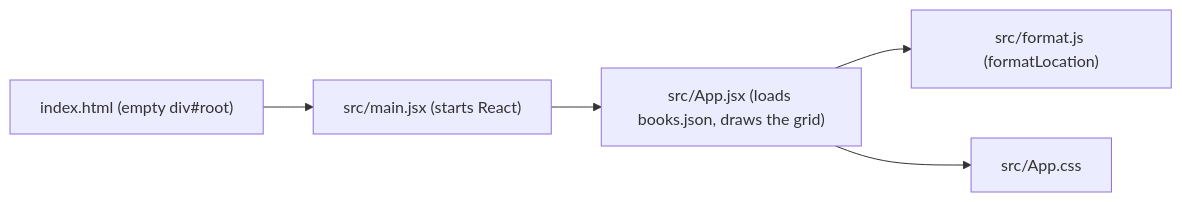
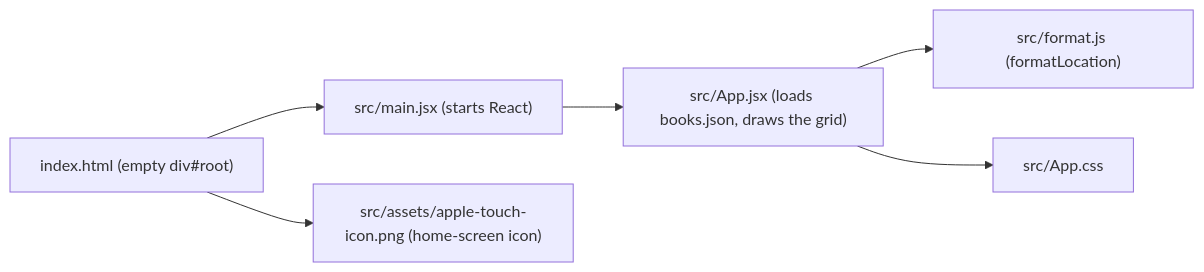
One commit to fschuhi/haddoapp changed the third of 3 diagrams in README.md. Above: the diagram before and after it, drawn with Mermaid. The commit also changed other lines of this file, not shown here.

Commit message:
README: the app on the NAS, container setup, make deploy, home-screen icon

````diff
--- a/README.md
+++ b/README.md
@@ -81,7 +81,8 @@
 ```mermaid
 flowchart LR
     html["index.html (empty div#root)"] --> main["src/main.jsx (starts React)"]
     main --> app["src/App.jsx (loads books.json, draws the grid)"]
     app --> fmt["src/format.js (formatLocation)"]
     app --> css["src/App.css"]
+    html --> icon["src/assets/apple-touch-icon.png (home-screen icon)"]
 ```
````
